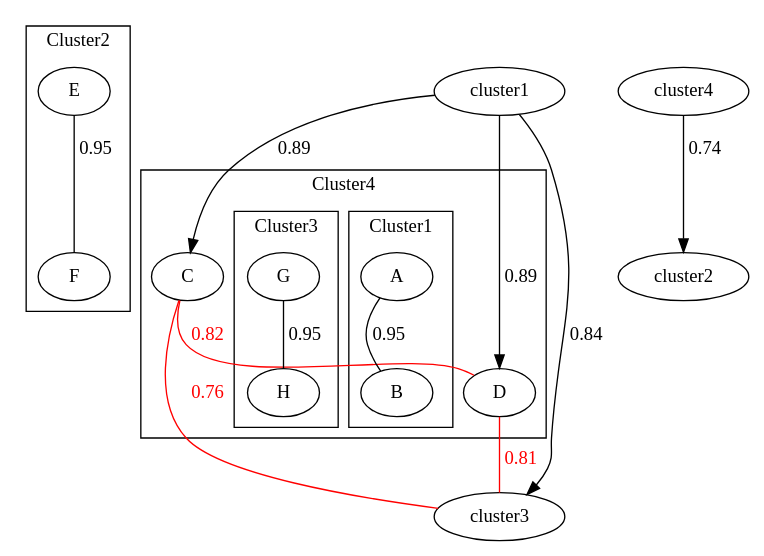
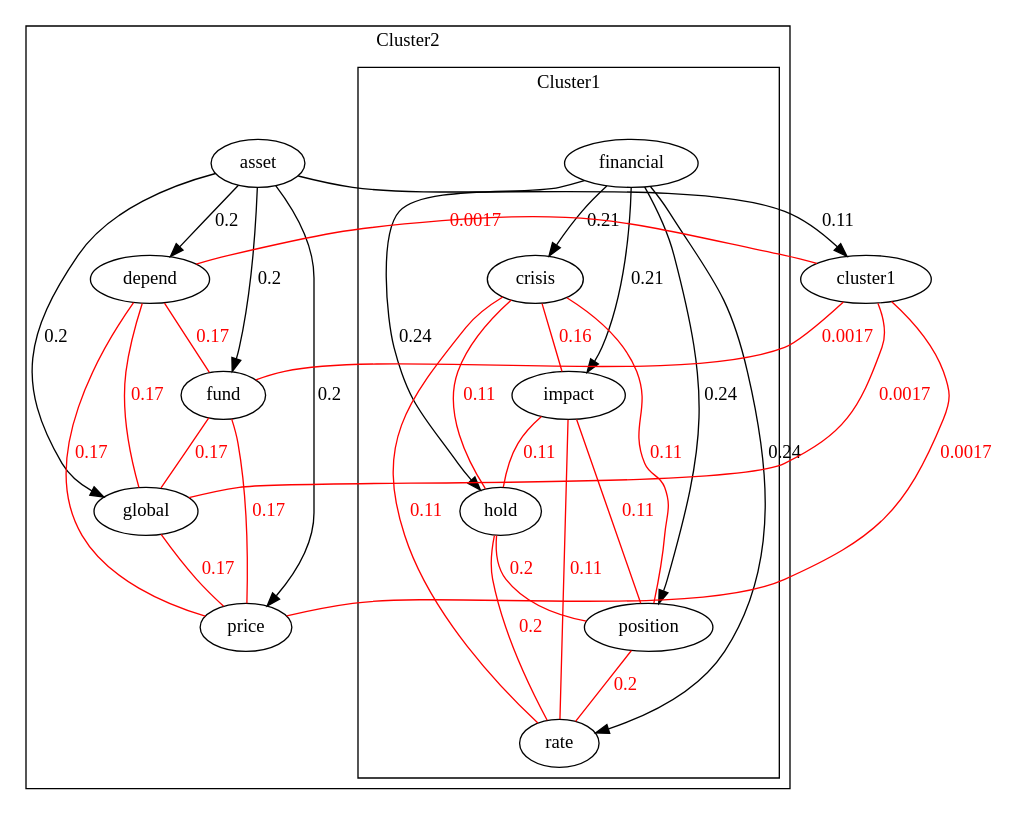
The diagram in Hgraph.dot (Achikumarasinghe/research), drawn with Graphviz before and after one commit. The commit also changed 6 other files, not shown here.

```diff
--- a/Hgraph.dot
+++ b/Hgraph.dot
@@ -1,27 +1,40 @@
 graph G {
 graph [shape="ellipse"];
 subgraph cluster2 {
-E -- F [label=0.95];
+asset
+asset -- depend [label=0.2,dir=forward];
+asset -- fund [label=0.2,dir=forward];
+asset -- global [label=0.2,dir=forward];
+asset -- price [label=0.2,dir=forward];
+subgraph cluster1 {
+financial -- crisis [label=0.21,dir=forward];
+financial -- impact [label=0.21,dir=forward];
+financial -- hold [label=0.24,dir=forward];
+financial -- position [label=0.24,dir=forward];
+financial -- rate [label=0.24,dir=forward];
+label=Cluster1
+}
 label=Cluster2
 }
-subgraph cluster4 {
-C
-D
-subgraph cluster1 {
-A -- B [label=0.95];
-label=Cluster1
+asset -- cluster1 [label=0.11,dir=forward];
+crisis--impact[label=0.16,color=red,fontcolor=red];
+crisis--hold[label=0.11,color=red,fontcolor=red];
+crisis--position[label=0.11,color=red,fontcolor=red];
+crisis--rate[label=0.11,color=red,fontcolor=red];
+impact--hold[label=0.11,color=red,fontcolor=red];
+impact--position[label=0.11,color=red,fontcolor=red];
+impact--rate[label=0.11,color=red,fontcolor=red];
+hold--position[label=0.2,color=red,fontcolor=red];
+hold--rate[label=0.2,color=red,fontcolor=red];
+position--rate[label=0.2,color=red,fontcolor=red];
+cluster1--depend[label=0.0017,color=red,fontcolor=red];
+cluster1--fund[label=0.0017,color=red,fontcolor=red];
+cluster1--global[label=0.0017,color=red,fontcolor=red];
+cluster1--price[label=0.0017,color=red,fontcolor=red];
+depend--fund[label=0.17,color=red,fontcolor=red];
+depend--global[label=0.17,color=red,fontcolor=red];
+depend--price[label=0.17,color=red,fontcolor=red];
+fund--global[label=0.17,color=red,fontcolor=red];
+fund--price[label=0.17,color=red,fontcolor=red];
+global--price[label=0.17,color=red,fontcolor=red];
 }
-subgraph cluster3 {
-G -- H [label=0.95];
-label=Cluster3
-}
-label=Cluster4
-}
-cluster1 -- C [label=0.89,dir=forward];
-cluster1 -- D [label=0.89,dir=forward];
-cluster1 -- cluster3 [label=0.84,dir=forward];
-cluster4 -- cluster2 [label=0.74,dir=forward];
-C--D[label=0.82,color=red,fontcolor=red];
-C--cluster3[label=0.76,color=red,fontcolor=red];
-D--cluster3[label=0.81,color=red,fontcolor=red];
-}
```
